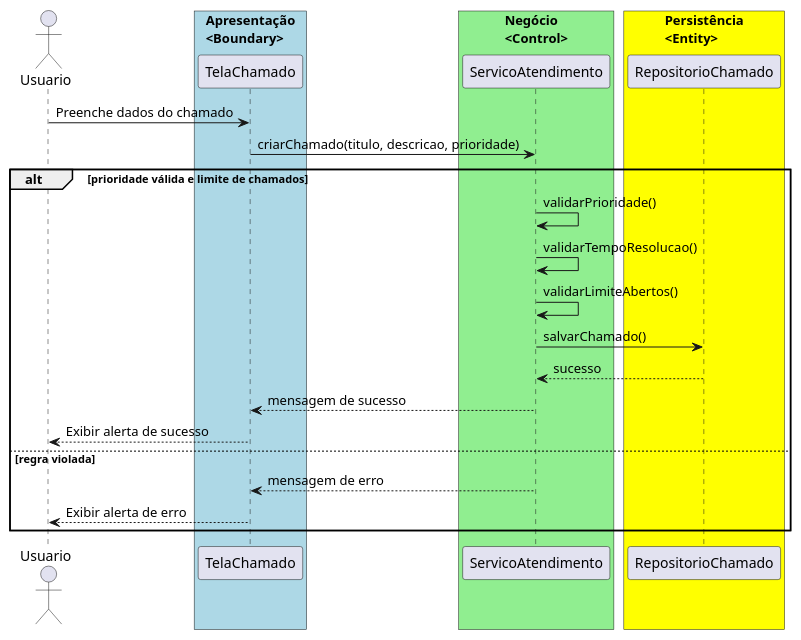
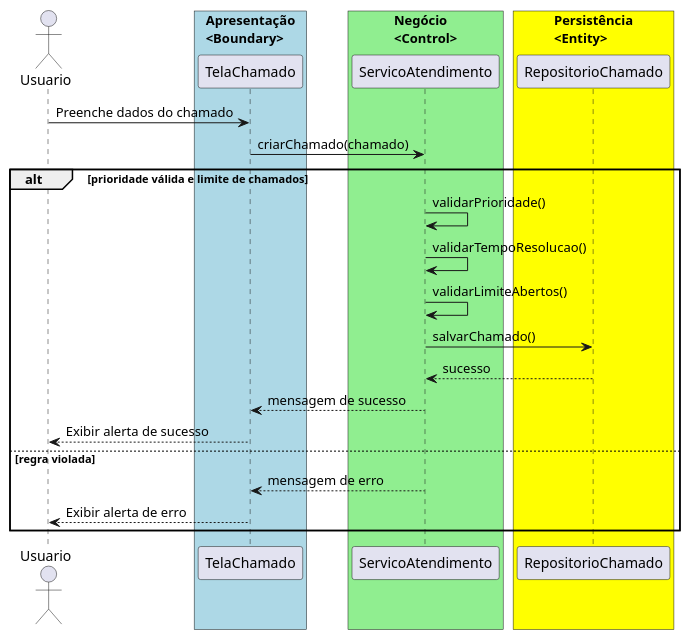
Before and after one commit to 20261-ifba-saj-ads-poo/blog: the diagram in src/trabalhos/Trabalho23.md, drawn with PlantUML. The commit also changed other lines of this file and 35 other files, not shown here.

````diff
--- a/src/trabalhos/Trabalho23.md
+++ b/src/trabalhos/Trabalho23.md
@@ -30,28 +30,28 @@
 ```plantuml{kroki=true}
 @startuml
 actor Usuario
 box "Apresentação\n<Boundary>" #lightblue
     participant TelaChamado
 end box
 box "Negócio\n<Control>" #lightgreen
     participant ServicoAtendimento
 end box
 box "Persistência\n<Entity>" #yellow
     participant RepositorioChamado
 end box
 Usuario -> TelaChamado : Preenche dados do chamado
-TelaChamado -> ServicoAtendimento : criarChamado(titulo, descricao, prioridade)
+TelaChamado -> ServicoAtendimento : criarChamado(chamado)
 alt prioridade válida e limite de chamados
     ServicoAtendimento -> ServicoAtendimento : validarPrioridade()
     ServicoAtendimento -> ServicoAtendimento : validarTempoResolucao()
     ServicoAtendimento -> ServicoAtendimento : validarLimiteAbertos()
     ServicoAtendimento -> RepositorioChamado : salvarChamado()
     RepositorioChamado --> ServicoAtendimento : sucesso
     ServicoAtendimento --> TelaChamado : mensagem de sucesso
     TelaChamado --> Usuario : Exibir alerta de sucesso
 else regra violada
     ServicoAtendimento --> TelaChamado : mensagem de erro
     TelaChamado --> Usuario : Exibir alerta de erro
 end
 @enduml
 ```
````
